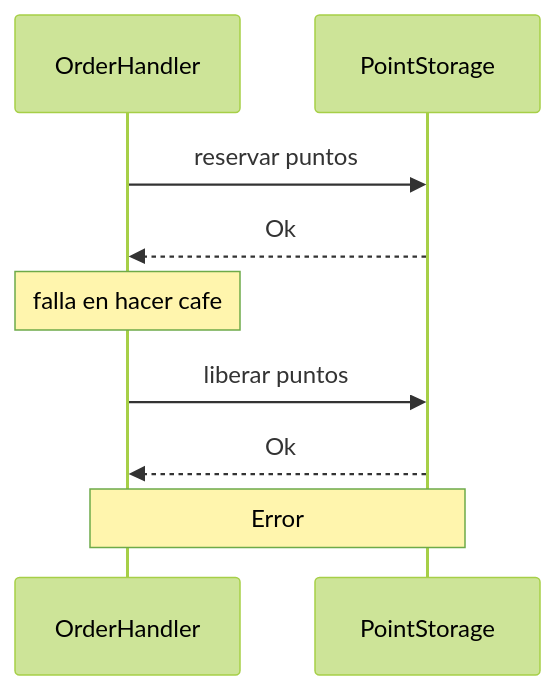
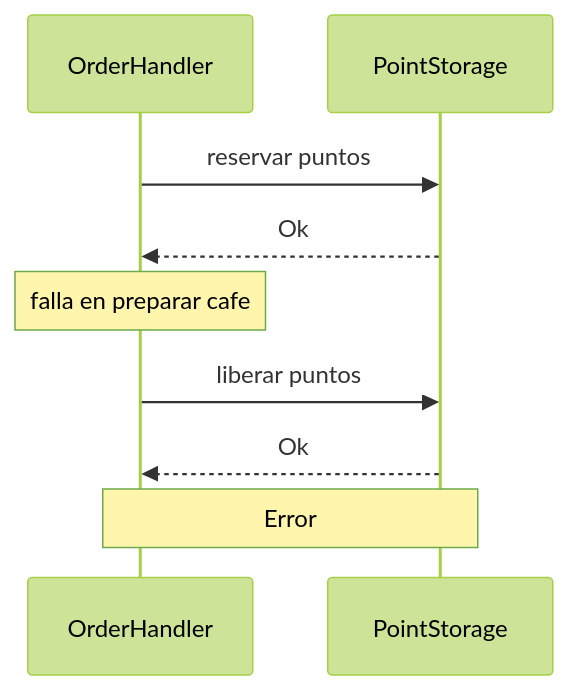
Before and after one commit to FacuMastri/concurrentes-tp2: the fourth of 11 diagrams in README.md, drawn with Mermaid (forest theme). The commit also changed other lines of this file, not shown here.

````diff
--- a/README.md
+++ b/README.md
@@ -131,15 +131,15 @@
 ```mermaid
 sequenceDiagram
   participant oh as OrderHandler
   participant ps as PointStorage
 
   oh ->> ps: reservar puntos
   ps -->> oh: Ok
 
-  note over oh: falla en hacer cafe
+  note over oh: falla en preparar cafe
 
   oh ->> ps: liberar puntos
   ps -->> oh: Ok
 
   note over oh,ps: Error
 ```
````
